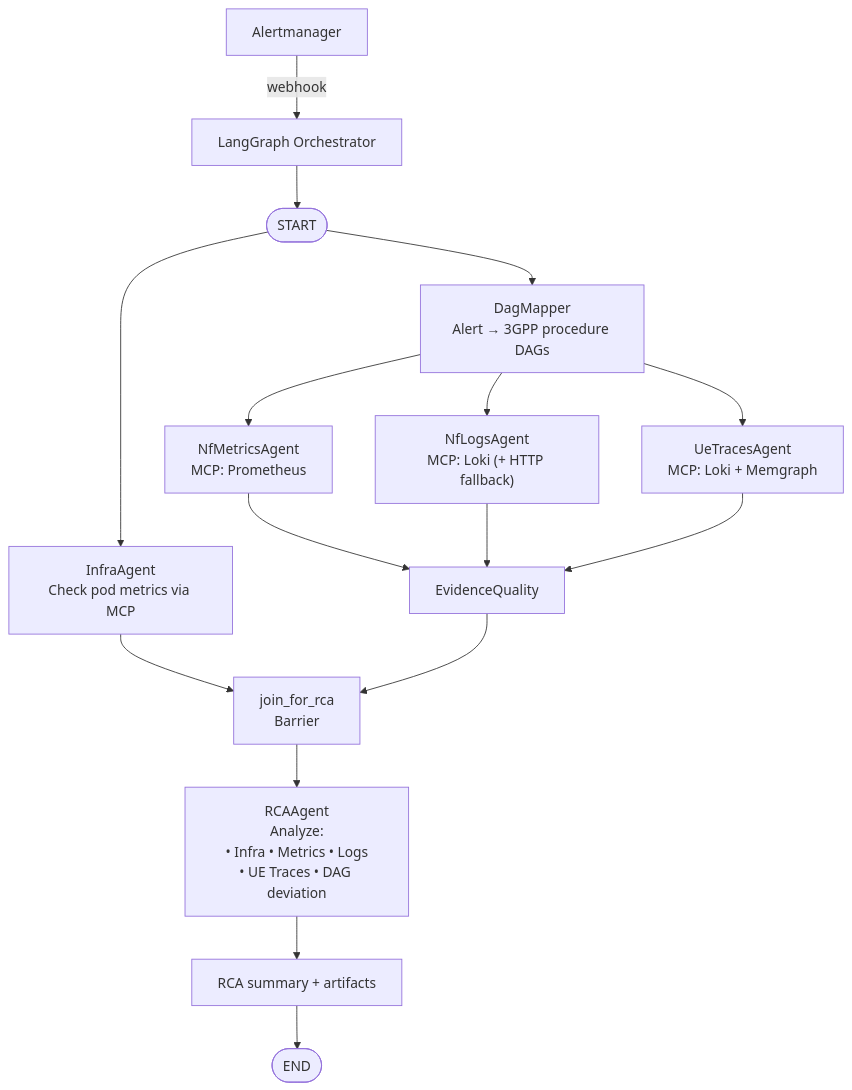
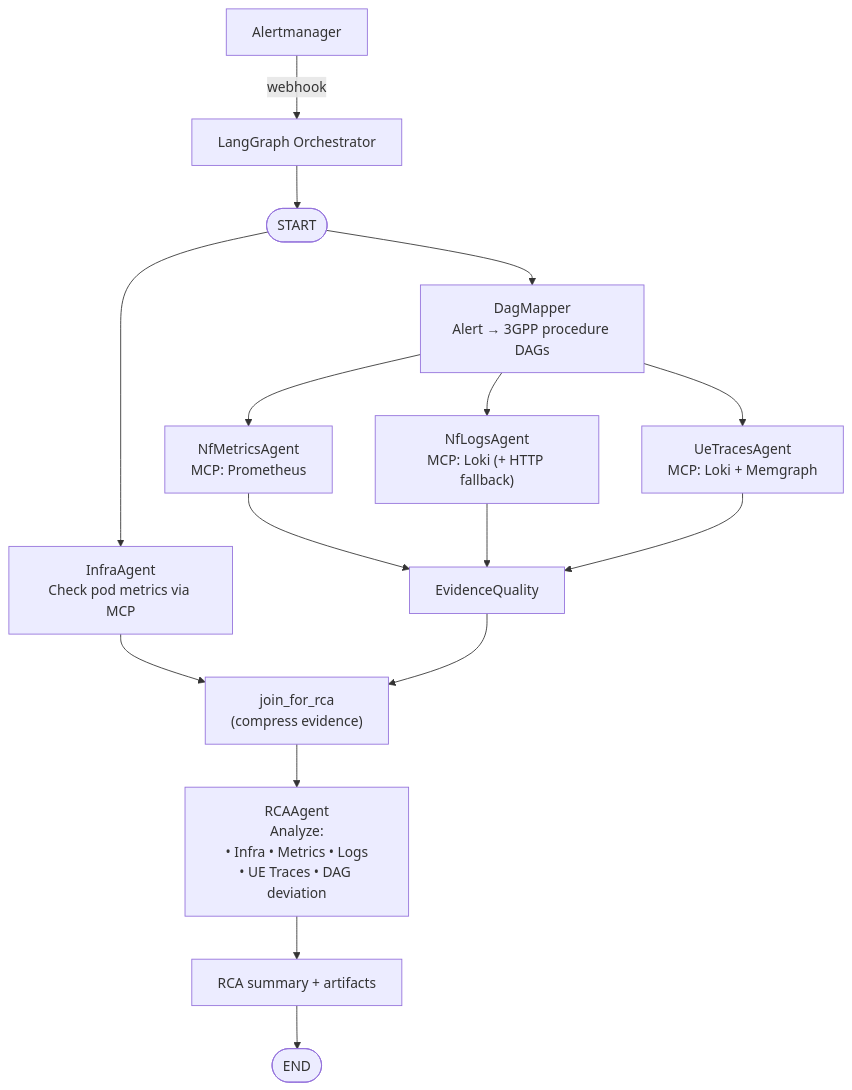
One commit to skapoula/5g-triage-agent changed the first of 2 diagrams in docs/triageagent_architecture_design2.md. Above: the diagram before and after it, drawn with Mermaid. The commit also changed other lines of this file and 2 other files, not shown here.

First line of the commit message:
docs: update architecture to reflect join_for_rca as evidence-joining barrier

````diff
--- a/docs/triageagent_architecture_design2.md
+++ b/docs/triageagent_architecture_design2.md
@@ -42,24 +42,23 @@
 ```mermaid
 flowchart TD
     A["Alertmanager"] -->|webhook| B["LangGraph Orchestrator"]
     B --> C(["START"])
 
     C --> D["InfraAgent<br/>Check pod metrics via MCP"]
     C --> DM["DagMapper<br/>Alert → 3GPP procedure DAGs"]
 
     DM --> E["NfMetricsAgent<br/>MCP: Prometheus"]
     DM --> E2["NfLogsAgent<br/>MCP: Loki (+ HTTP fallback)"]
     DM --> E3["UeTracesAgent<br/>MCP: Loki + Memgraph"]
 
     E --> F["EvidenceQuality"]
     E2 --> F
     E3 --> F
 
-    D --> J["join_for_rca<br/>Barrier"]
-    F --> J
-
-    J --> G["RCAAgent<br/>Analyze:<br/>• Infra • Metrics • Logs<br/>• UE Traces • DAG deviation"]
+    D --> JR
+    F --> JR["join_for_rca<br/>(compress evidence)"]
+    JR --> G["RCAAgent<br/>Analyze:<br/>• Infra • Metrics • Logs<br/>• UE Traces • DAG deviation"]
 
     G --> H["RCA summary + artifacts"]
     H --> I(["END"])
 ```
````
